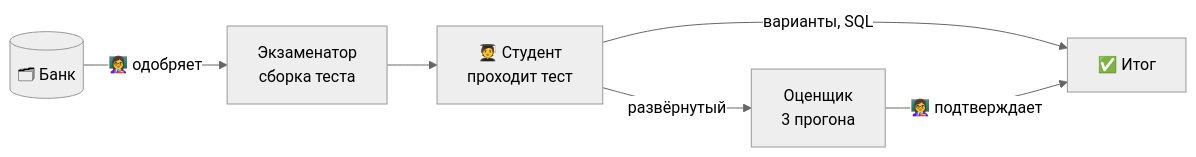
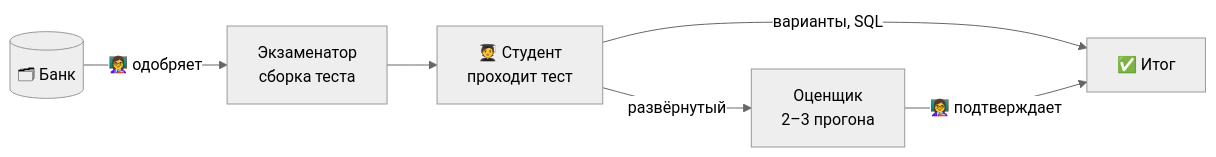
One commit to Kykylllka01/ptp_diploma changed the second of 2 diagrams in README.md. Above: the diagram before and after it, drawn with Mermaid (neutral theme). The commit also changed other lines of this file and 2 other files, not shown here.

````diff
--- a/README.md
+++ b/README.md
@@ -86,8 +110,8 @@
 ```mermaid
 flowchart LR
     B[("🗂 Банк")] -->|"👩‍🏫 одобряет"| T["Экзаменатор<br/>сборка теста"]
     T --> S["🧑‍🎓 Студент<br/>проходит тест"]
     S -->|"варианты, SQL"| F["✅ Итог"]
-    S -->|"развёрнутый"| O["Оценщик<br/>3 прогона"]
+    S -->|"развёрнутый"| O["Оценщик<br/>2–3 прогона"]
     O -->|"👩‍🏫 подтверждает"| F
 ```
````
